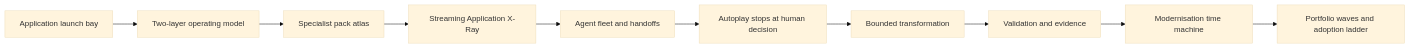
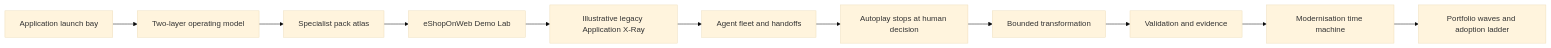
The first of 2 diagrams in docs/ARCHITECTURE.md (ravi0130/CopilotWith-RVAS), drawn with Mermaid (base theme) before and after one commit. The commit also changed other lines of this file and 7 other files, not shown here.

Commit message:
Add eShopOnWeb app modernisation demo lab

````diff
--- a/docs/ARCHITECTURE.md
+++ b/docs/ARCHITECTURE.md
@@ -7,12 +9,13 @@
 ```mermaid
 flowchart LR
     M[Application launch bay] --> G[Two-layer operating model]
     G --> R[Specialist pack atlas]
-    R --> X[Streaming Application X-Ray]
+    R --> D[eShopOnWeb Demo Lab]
+    D --> X[Illustrative legacy Application X-Ray]
     X --> A[Agent fleet and handoffs]
     A --> P[Autoplay stops at human decision]
     P --> T[Bounded transformation]
     T --> E[Validation and evidence]
     E --> F[Modernisation time machine]
     F --> W[Portfolio waves and adoption ladder]
 ```
````
